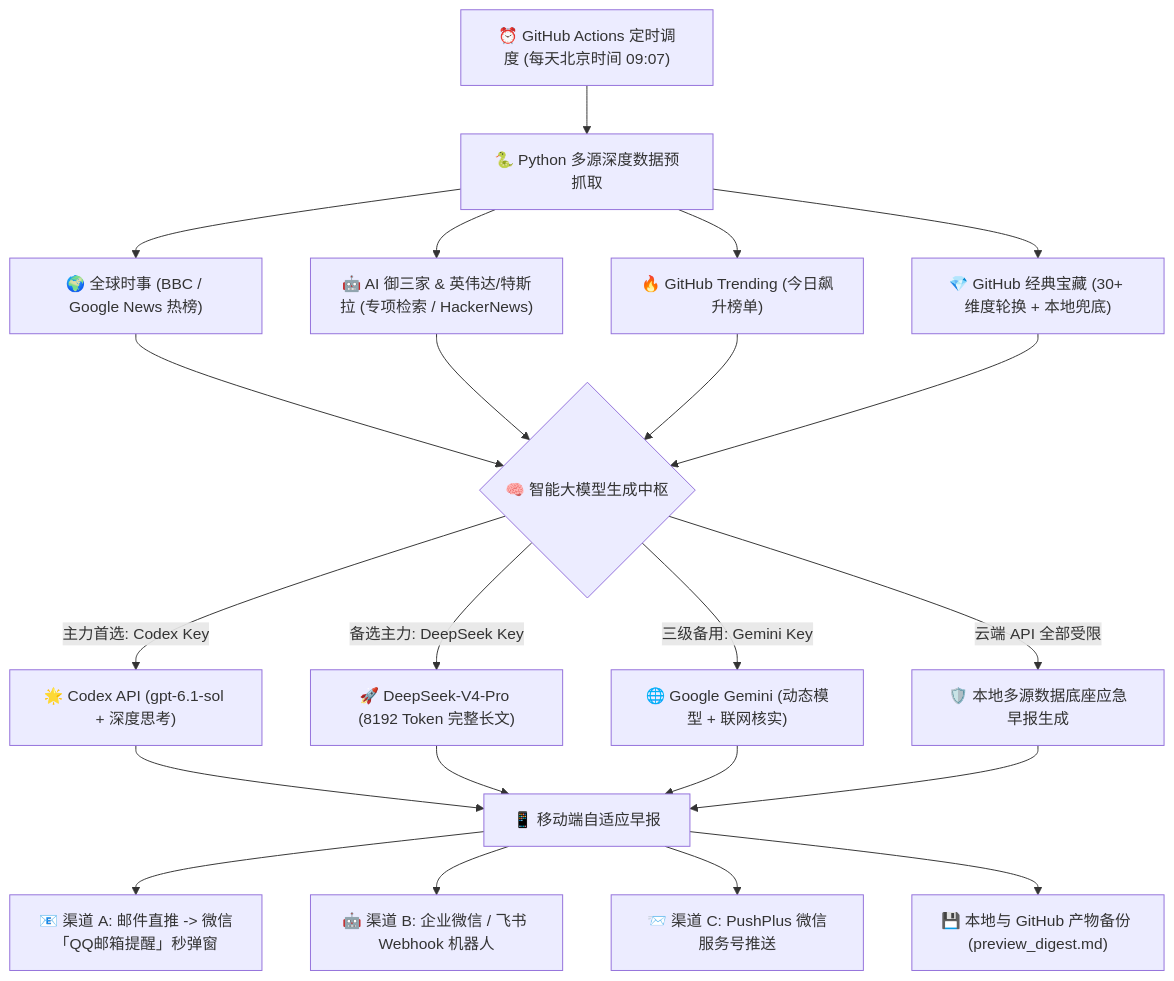
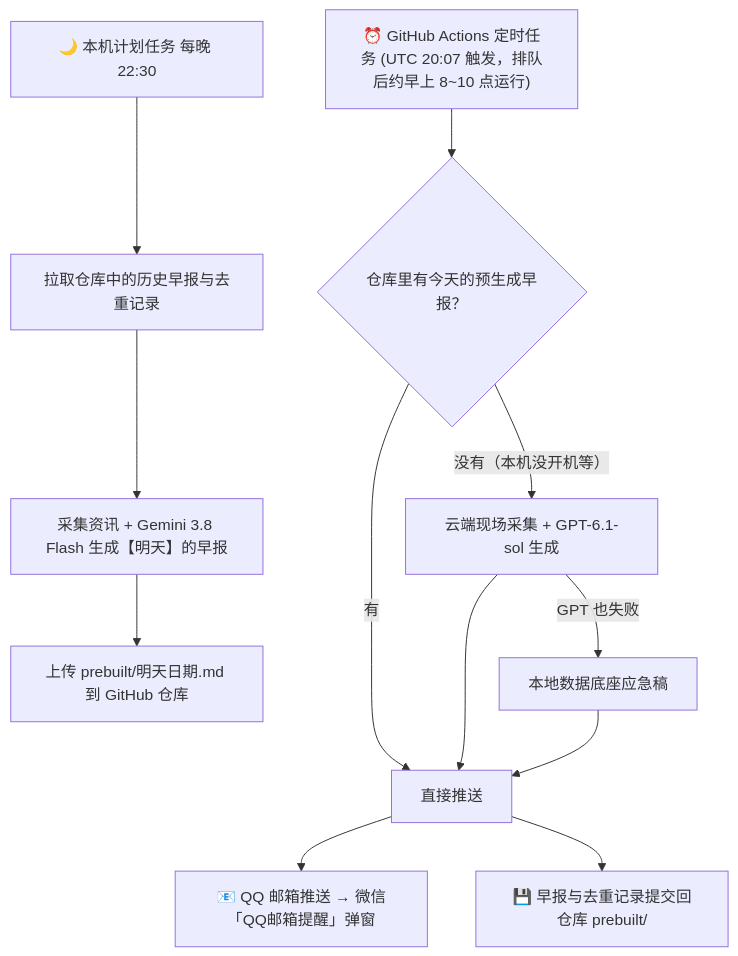
One commit to zjh-fyy/daily-ai-digest changed the diagram in README.md. Above: the diagram before and after it, drawn with Mermaid. The commit also changed other lines of this file, not shown here.

````diff
--- a/README.md
+++ b/README.md
@@ -55,21 +29,15 @@
 ```mermaid
 flowchart TD
-    A["⏰ GitHub Actions 定时调度 (每天北京时间 09:07)"] --> B["🐍 Python 多源深度数据预抓取"]
-    B --> B1["🌍 全球时事 (BBC / Google News 热榜)"]
-    B --> B2["🤖 AI 御三家 & 英伟达/特斯拉 (专项检索 / HackerNews)"]
-    B --> B3["🔥 GitHub Trending (今日飙升榜单)"]
-    B --> B4["💎 GitHub 经典宝藏 (30+ 维度轮换 + 本地兜底)"]
-    
-    B1 & B2 & B3 & B4 --> C{"🧠 智能大模型生成中枢"}
-    C -->|"主力首选: Codex Key"| C1["🌟 Codex API (gpt-6.1-sol + 深度思考)"]
-    C -->|"备选主力: DeepSeek Key"| C2["🚀 DeepSeek-V4-Pro (8192 Token 完整长文)"]
-    C -->|"三级备用: Gemini Key"| C3["🌐 Google Gemini (动态模型 + 联网核实)"]
-    C -->|"云端 API 全部受限"| C4["🛡️ 本地多源数据底座应急早报生成"]
-    
-    C1 & C2 & C3 & C4 --> D["📱 移动端自适应早报"]
-    
-    D --> E1["📧 渠道 A: 邮件直推 -> 微信「QQ邮箱提醒」秒弹窗"]
-    D --> E2["🤖 渠道 B: 企业微信 / 飞书 Webhook 机器人"]
-    D --> E3["📨 渠道 C: PushPlus 微信服务号推送"]
-    D --> E4["💾 本地与 GitHub 产物备份 (preview_digest.md)"]
+    A["🌙 本机计划任务 每晚 22:30"] --> A1["拉取仓库中的历史早报与去重记录"]
+    A1 --> A2["采集资讯 + Gemini 3.8 Flash 生成【明天】的早报"]
+    A2 --> A3["上传 prebuilt/明天日期.md 到 GitHub 仓库"]
+
+    B["⏰ GitHub Actions 定时任务 (UTC 20:07 触发，排队后约早上 8~10 点运行)"] --> C{"仓库里有今天的预生成早报？"}
+    C -->|有| D["直接推送"]
+    C -->|没有（本机没开机等）| E["云端现场采集 + GPT-6.1-sol 生成"]
+    E -->|GPT 也失败| F["本地数据底座应急稿"]
+    E --> D
+    F --> D
+    D --> G["📧 QQ 邮箱推送 → 微信「QQ邮箱提醒」弹窗"]
+    D --> H["💾 早报与去重记录提交回仓库 prebuilt/"]
 ```
````
